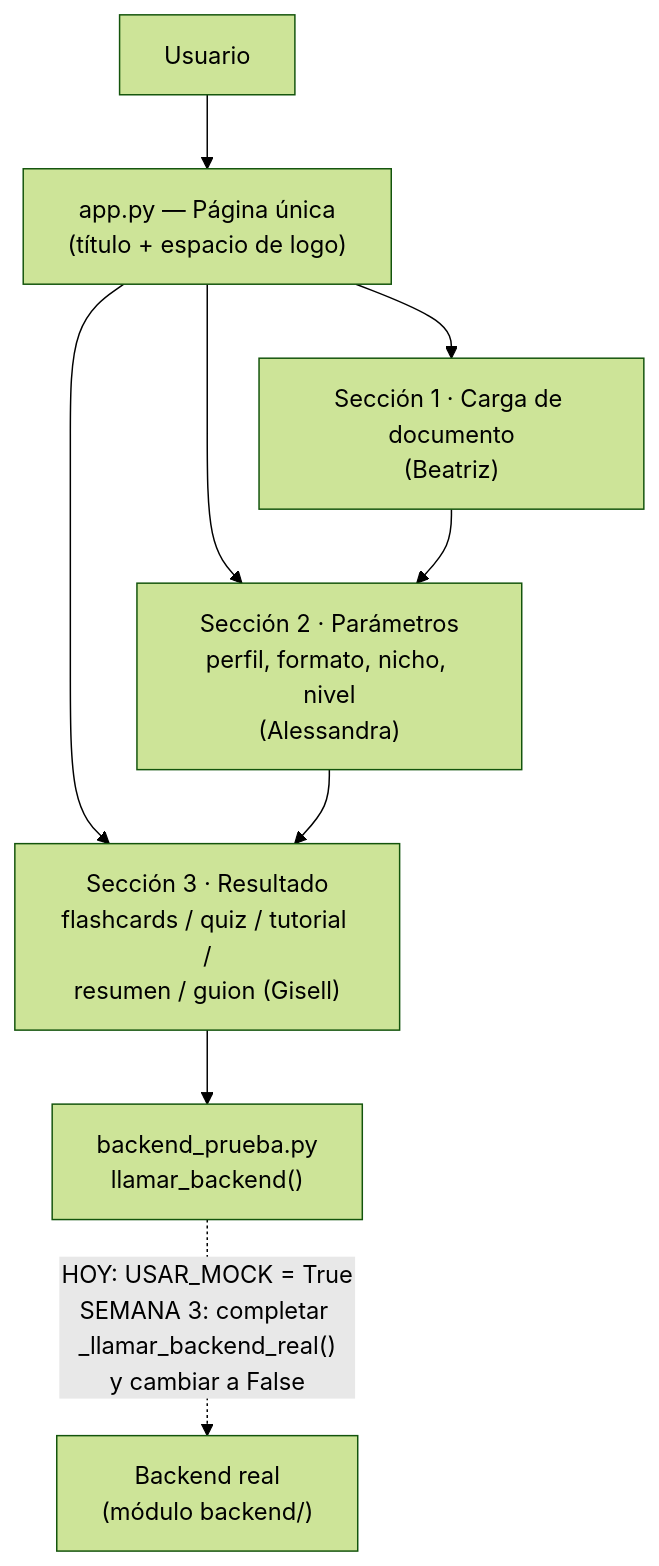
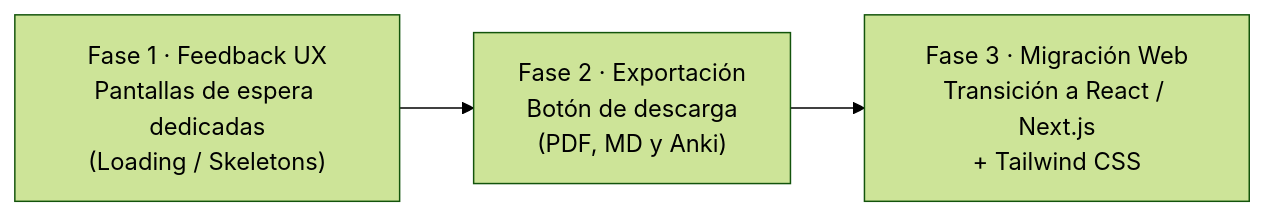
One commit to No-Country-simulation/NuevaMente-G10-LATAM-equipo-33 changed the third of 3 diagrams in interfaz/README.md. Above: the diagram before and after it, drawn with Mermaid (forest theme). The commit also changed other lines of this file and 3 other files, not shown here.

````diff
--- a/interfaz/README.md
+++ b/interfaz/README.md
@@ -9,11 +261,5 @@
 ```mermaid
-flowchart TD
-    U["Usuario"] --> APP["app.py — Página única<br/>(título + espacio de logo)"]
-    APP --> S1["Sección 1 · Carga de documento<br/>(Beatriz)"]
-    APP --> S2["Sección 2 · Parámetros<br/>perfil, formato, nicho, nivel<br/>(Alessandra)"]
-    APP --> S3["Sección 3 · Resultado<br/>flashcards / quiz / tutorial /<br/>resumen / guion (Gisell)"]
-    S1 --> S2
-    S2 --> S3
-    S3 --> BP["backend_prueba.py<br/>llamar_backend()"]
-    BP -. "HOY: USAR_MOCK = True<br/>SEMANA 3: completar _llamar_backend_real()<br/>y cambiar a False" .-> REAL["Backend real<br/>(módulo backend/)"]
+flowchart LR
+    R1["Fase 1 · Feedback UX<br/>Pantallas de espera dedicadas<br/>(Loading / Skeletons)"] --> R2["Fase 2 · Exportación<br/>Botón de descarga<br/>(PDF, MD y Anki)"]
+    R2 --> R3["Fase 3 · Migración Web<br/>Transición a React / Next.js<br/>+ Tailwind CSS"]
 ```
````
